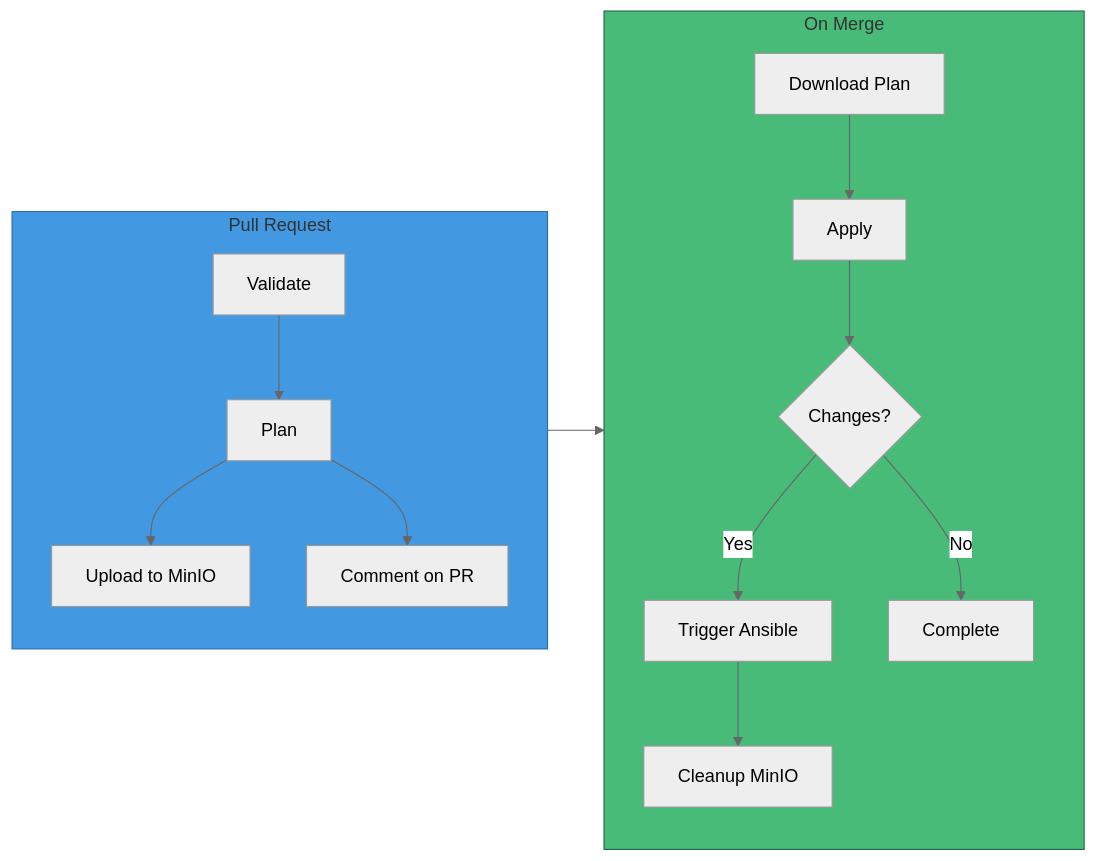
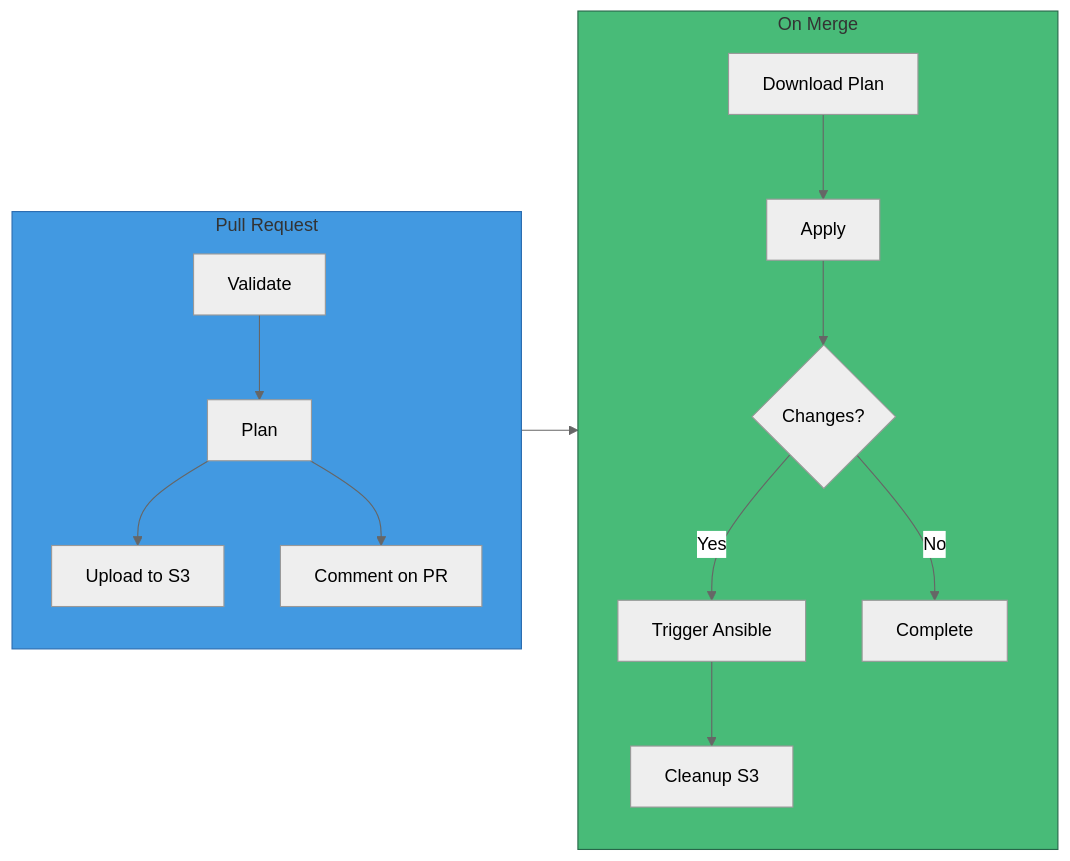
Before and after one commit to Starktastic-Homelab/terraform: the third of 4 diagrams in README.md, drawn with Mermaid (neutral theme). The commit also changed other lines of this file and 4 other files, not shown here.

````diff
--- a/README.md
+++ b/README.md
@@ -157,21 +157,21 @@
 ```mermaid
 flowchart LR
     subgraph PR["Pull Request"]
         Validate[Validate] --> PlanPR[Plan]
-        PlanPR --> Upload[Upload to MinIO]
+        PlanPR --> Upload[Upload to S3]
         PlanPR --> CommentPR[Comment on PR]
     end
     
     subgraph Merge["On Merge"]
         Download[Download Plan] --> ApplyTF[Apply]
         ApplyTF --> Check{Changes?}
         Check -->|Yes| TriggerAnsible[Trigger Ansible]
         Check -->|No| Done[Complete]
-        TriggerAnsible --> Cleanup[Cleanup MinIO]
+        TriggerAnsible --> Cleanup[Cleanup S3]
     end
     
     PR --> Merge
     
     style PR fill:#4299e1,stroke:#2b6cb0
     style Merge fill:#48bb78,stroke:#276749
 ```
````
